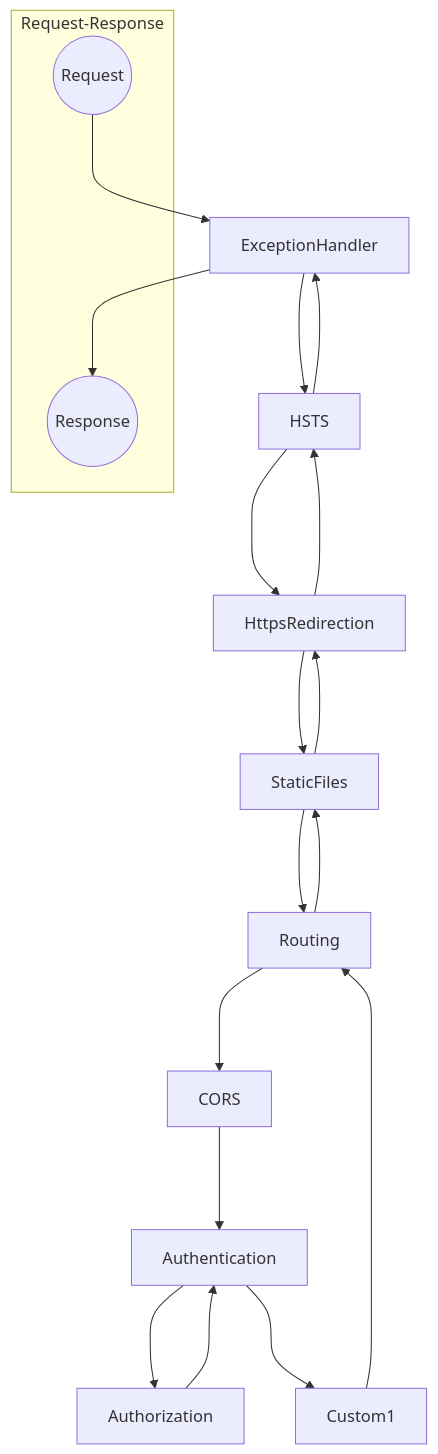
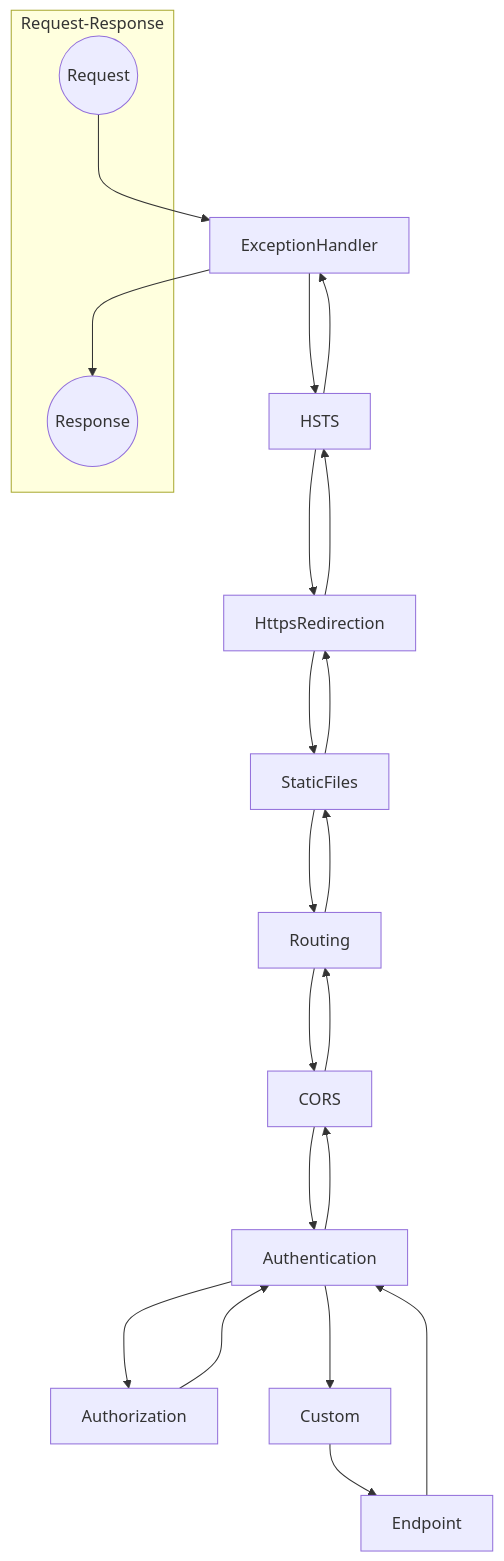
The diagram in MiddlewareMermaid/d.md (Rick-Anderson/MiddlewareMermaid), drawn with Mermaid before and after one commit.

````diff
--- a/MiddlewareMermaid/d.md
+++ b/MiddlewareMermaid/d.md
@@ -1,27 +1,32 @@
 ```mermaid
 graph TD;
     subgraph Request-Response
         Request((Request))
         Response((Response))
     end
     Request--->ExceptionHandler
     ExceptionHandler--->HSTS
     HSTS--->HttpsRedirection
     HttpsRedirection--->StaticFiles
     StaticFiles--->Routing
     Routing--->CORS
     CORS--->Authentication
     Authentication--->Authorization
+    
     Authorization-->Authentication
-    Authentication--->Custom1
-    Custom1--->Routing
+    Authentication--->Custom
+    Custom-->Endpoint
+    Endpoint-->Authentication
+    Authentication--->CORS
+    CORS--->Routing
     Routing--->StaticFiles
     StaticFiles--->HttpsRedirection
     HttpsRedirection--->HSTS
     HSTS--->ExceptionHandler
     ExceptionHandler--->Response
 
 
 
 
+
 ```
````
